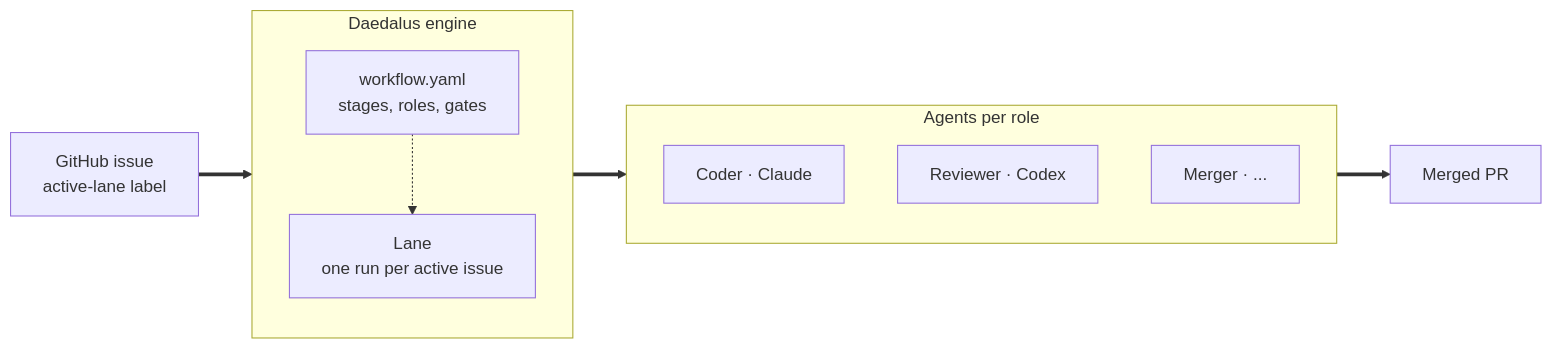
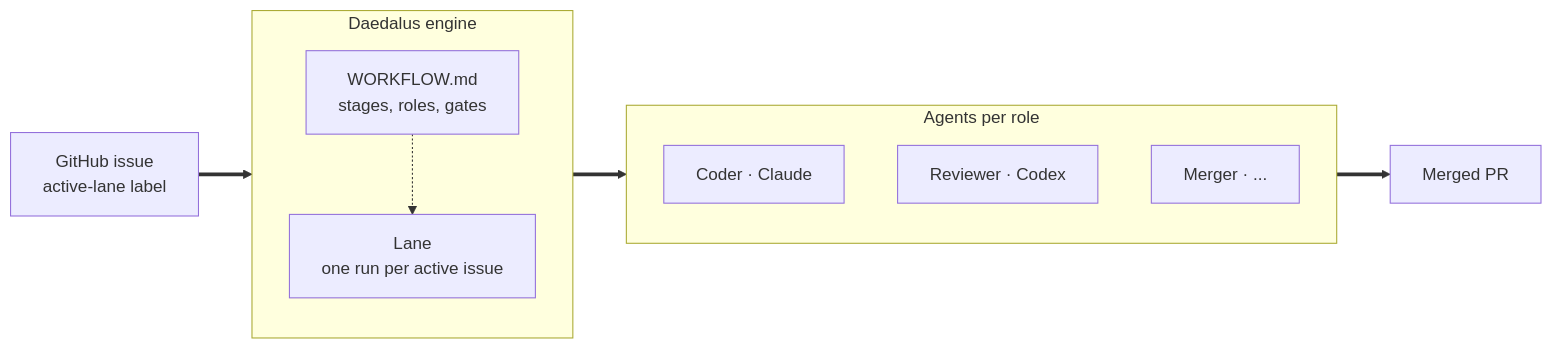
Before and after one commit to attmous/daedalus: the diagram in README.md, drawn with Mermaid. The commit also changed other lines of this file and 54 other files, not shown here.

````diff
--- a/README.md
+++ b/README.md
@@ -169,24 +172,24 @@
 ```mermaid
 flowchart LR
   ISSUE["GitHub issue<br/>active-lane label"]
 
   subgraph DAEDALUS["Daedalus engine"]
     direction TB
-    WF["workflow.yaml<br/>stages, roles, gates"]
+    WF["WORKFLOW.md<br/>stages, roles, gates"]
     LANE["Lane<br/>one run per active issue"]
     WF -.-> LANE
   end
 
   subgraph AGENTS["Agents per role"]
     direction TB
     A1["Coder &middot; Claude"]
     A2["Reviewer &middot; Codex"]
     A3["Merger &middot; ..."]
   end
 
   PR["Merged PR"]
 
   ISSUE ==> LANE
   LANE ==> AGENTS
   AGENTS ==> PR
 ```
````
